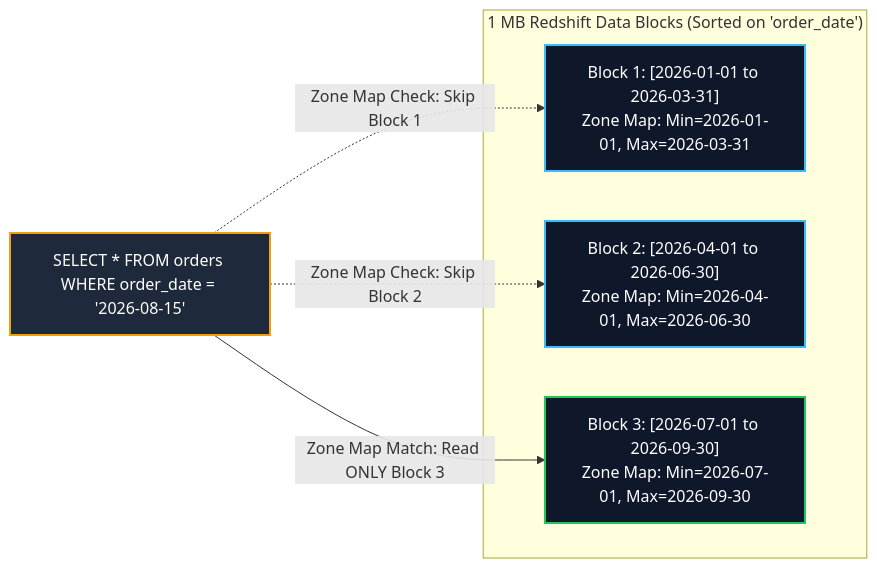
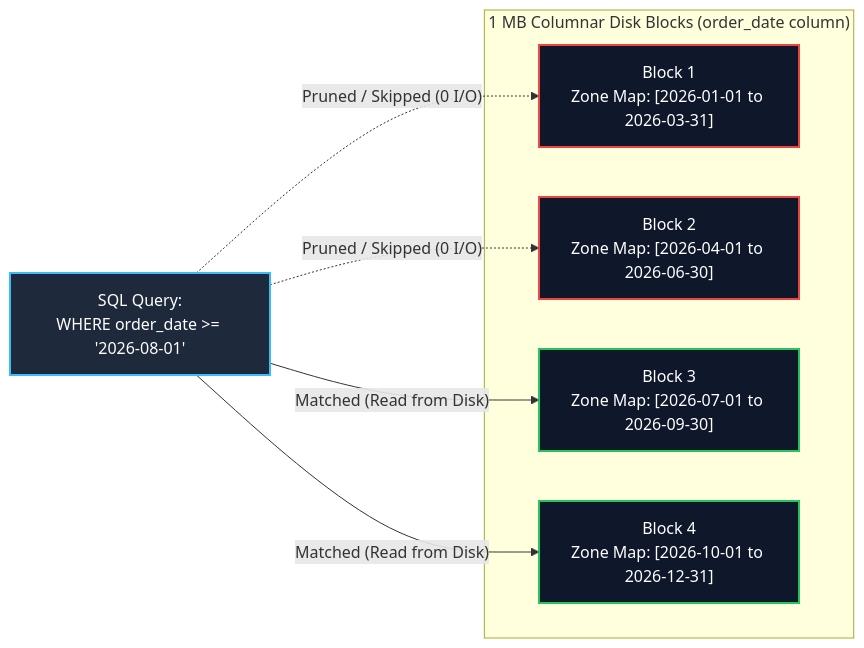
Before and after one commit to Wathon/aws-dea-c01-note: the fourth of 8 diagrams in content/mm/02-services/database/redshift.md, drawn with Mermaid. The commit also changed other lines of this file and 41 other files, not shown here.

````diff
--- a/content/mm/02-services/database/redshift.md
+++ b/content/mm/02-services/database/redshift.md
@@ -113,22 +196,24 @@
 ```mermaid
 graph LR
-    subgraph DiskBlocks["1 MB Redshift Data Blocks (Sorted on 'order_date')"]
-        B1["Block 1: [2026-01-01 to 2026-03-31]<br/>Zone Map: Min=2026-01-01, Max=2026-03-31"]
-        B2["Block 2: [2026-04-01 to 2026-06-30]<br/>Zone Map: Min=2026-04-01, Max=2026-06-30"]
-        B3["Block 3: [2026-07-01 to 2026-09-30]<br/>Zone Map: Min=2026-07-01, Max=2026-09-30"]
+    subgraph DiskBlocks["1 MB Columnar Disk Blocks (order_date column)"]
+        Block1["Block 1<br/>Zone Map: [2026-01-01 to 2026-03-31]"]
+        Block2["Block 2<br/>Zone Map: [2026-04-01 to 2026-06-30]"]
+        Block3["Block 3<br/>Zone Map: [2026-07-01 to 2026-09-30]"]
+        Block4["Block 4<br/>Zone Map: [2026-10-01 to 2026-12-31]"]
     end
 
-    Query["SELECT * FROM orders WHERE order_date = '2026-08-15'"]
+    Query["SQL Query:<br/>WHERE order_date >= '2026-08-01'"]
 
-    Query -.->|"Zone Map Check: Skip Block 1"| B1
-    Query -.->|"Zone Map Check: Skip Block 2"| B2
-    Query -->|"Zone Map Match: Read ONLY Block 3"| B3
+    Query -.->|"Pruned / Skipped (0 I/O)"| Block1
+    Query -.->|"Pruned / Skipped (0 I/O)"| Block2
+    Query -->|"Matched (Read from Disk)"| Block3
+    Query -->|"Matched (Read from Disk)"| Block4
 
-    classDef b fill:#0f172a,stroke:#38bdf8,stroke-width:2px,color:#fff;
-    classDef q fill:#1e293b,stroke:#f59e0b,stroke-width:2px,color:#fff;
+    classDef q fill:#1e293b,stroke:#38bdf8,stroke-width:2px,color:#fff;
+    classDef skip fill:#0f172a,stroke:#ef4444,stroke-width:2px,color:#fff;
     classDef match fill:#0f172a,stroke:#22c55e,stroke-width:2px,color:#fff;
 
-    class B1,B2 b;
-    class B3 match;
     class Query q;
+    class Block1,Block2 skip;
+    class Block3,Block4 match;
 ```
````
